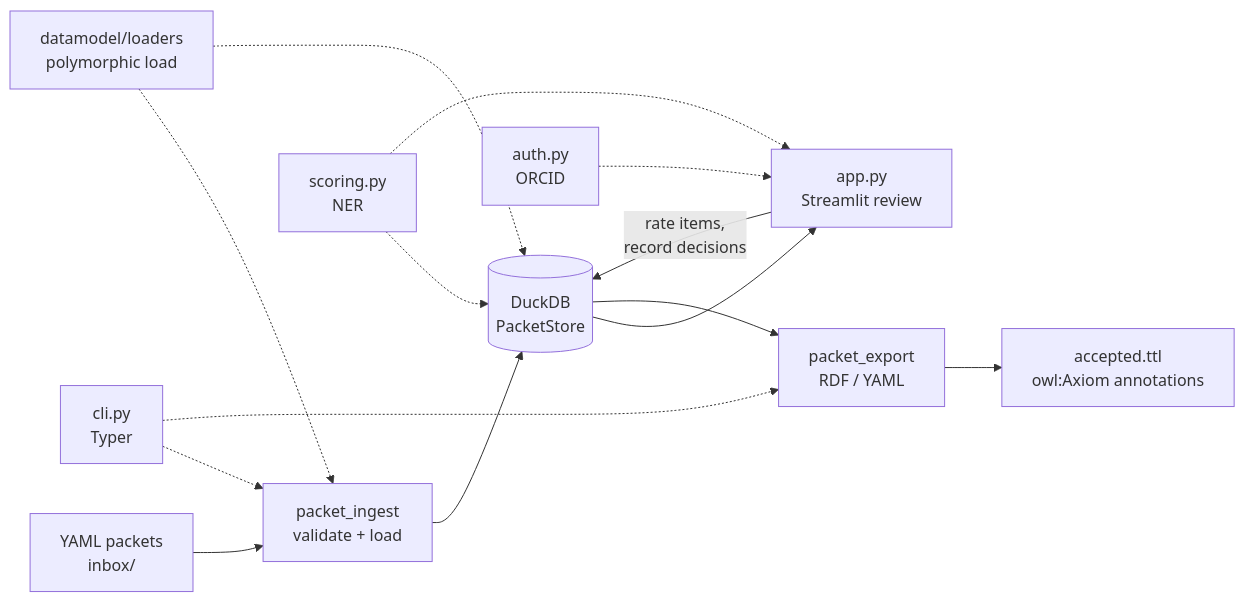
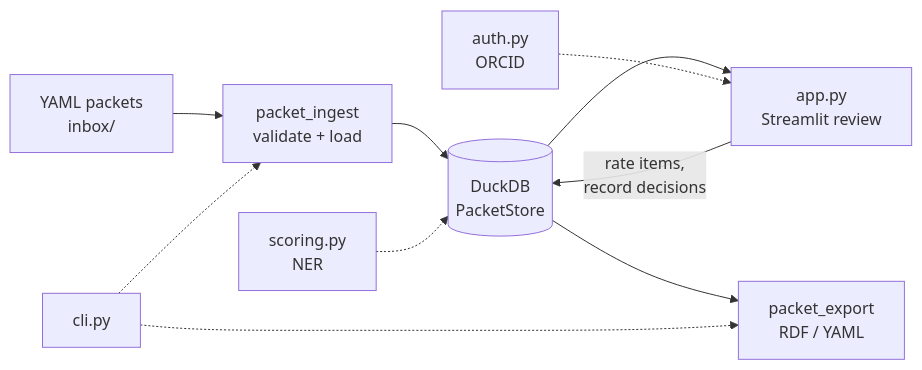
One commit to matentzn/sieve changed the second of 2 diagrams in docs/architecture.md. Above: the diagram before and after it, drawn with Mermaid. The commit also changed other lines of this file and 10 other files, not shown here.

````diff
--- a/docs/architecture.md
+++ b/docs/architecture.md
@@ -11,16 +84,12 @@
 ```mermaid
 flowchart LR
     Y[YAML packets<br/>inbox/] --> ING[packet_ingest<br/>validate + load]
     ING --> DB[(DuckDB<br/>PacketStore)]
     DB --> UI[app.py<br/>Streamlit review]
     UI -->|rate items,<br/>record decisions| DB
     DB --> EXP[packet_export<br/>RDF / YAML]
-    EXP --> OUT[accepted.ttl<br/>owl:Axiom annotations]
-    CLI[cli.py<br/>Typer] -.-> ING
+    CLI[cli.py] -.-> ING
     CLI -.-> EXP
     AUTH[auth.py<br/>ORCID] -.-> UI
     SCORE[scoring.py<br/>NER] -.-> DB
-    SCORE -.-> UI
-    LOAD[datamodel/loaders<br/>polymorphic load] -.-> ING
-    LOAD -.-> DB
 ```
````
